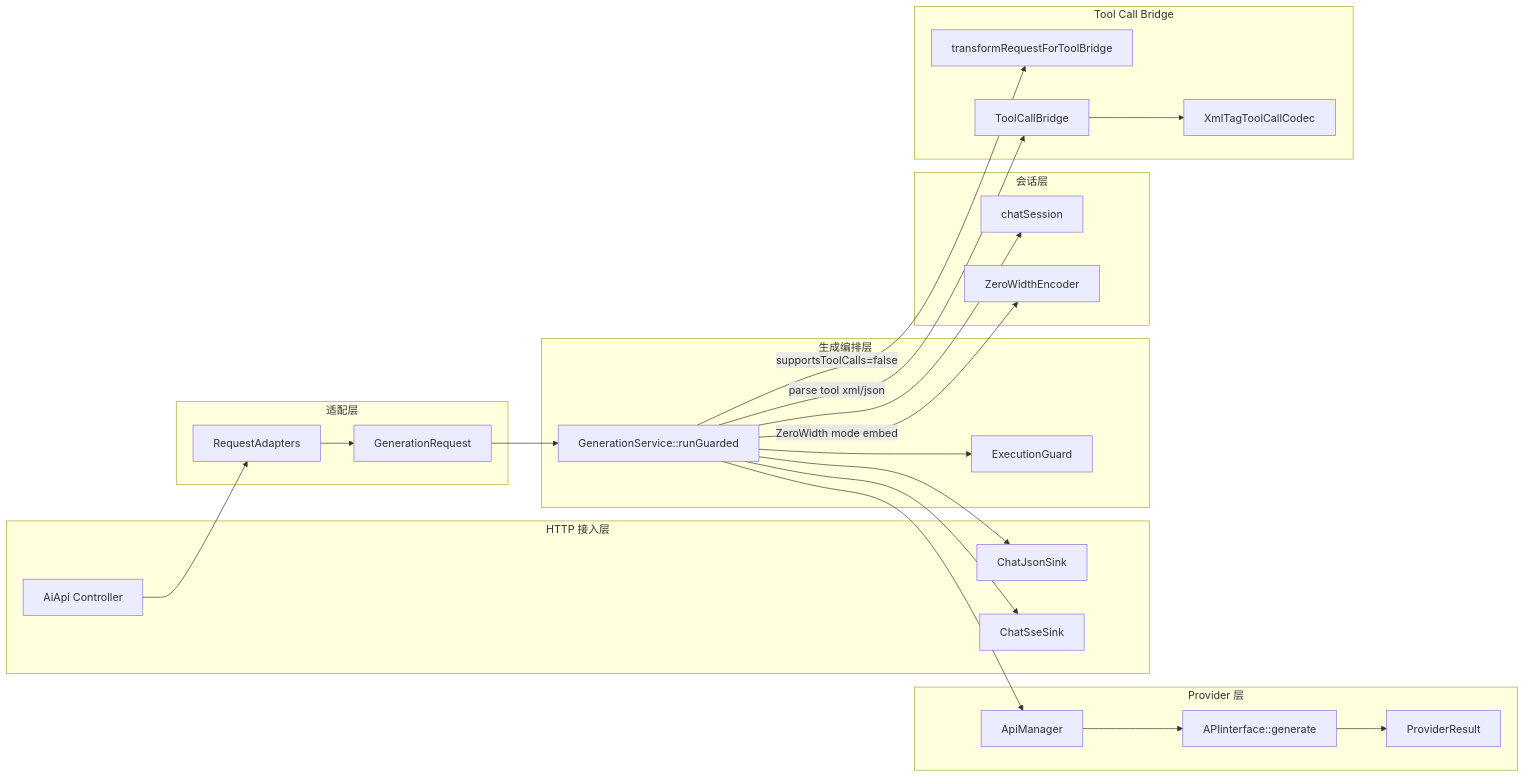
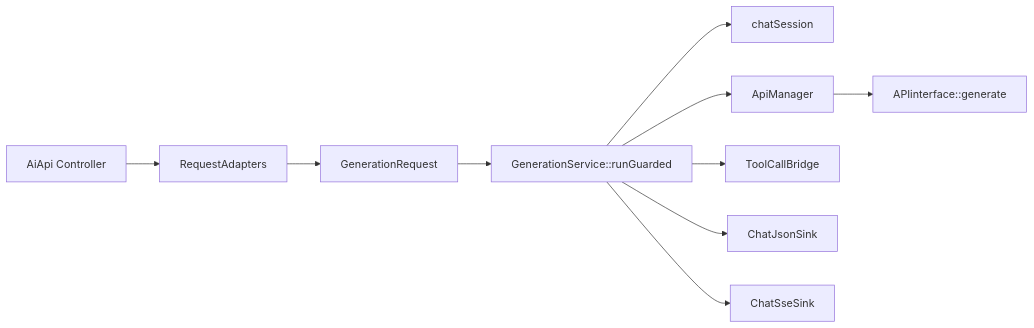
Before and after one commit to scrtou/aiapi: the first of 2 diagrams in doc/aiapi_callflow_and_api_examples.md, drawn with Mermaid. The commit also changed other lines of this file and 5 other files, not shown here.

````diff
--- a/doc/aiapi_callflow_and_api_examples.md
+++ b/doc/aiapi_callflow_and_api_examples.md
@@ -108,45 +106,12 @@
 ```mermaid
 flowchart LR
-  subgraph HTTP[HTTP 接入层]
-    A[AiApi Controller]
-    S1[ChatJsonSink]
-    S2[ChatSseSink]
-  end
-
-  subgraph Adapt[适配层]
-    RA[RequestAdapters]
-    GR[GenerationRequest]
-  end
-
-  subgraph Gen[生成编排层]
-    GS[GenerationService::runGuarded]
-    Gate[ExecutionGuard]
-  end
-
-  subgraph Sess[会话层]
-    CS[chatSession]
-    ZW[ZeroWidthEncoder]
-  end
-
-  subgraph Prov[Provider 层]
-    AM[ApiManager]
-    API[APIinterface::generate]
-    PR[ProviderResult]
-  end
-
-  subgraph ToolBridge[Tool Call Bridge]
-    TR[transformRequestForToolBridge]
-    XTC[XmlTagToolCallCodec]
-    TCB[ToolCallBridge]
-  end
-
-  A --> RA --> GR --> GS
-  GS --> CS
-  GS --> Gate
-  GS --> AM --> API --> PR
-  GS -->|supportsToolCalls=false| TR
-  GS -->|parse tool xml/json| TCB --> XTC
-  GS -->|ZeroWidth mode embed| ZW
-  GS --> S1
-  GS --> S2
+  A[AiApi Controller] --> RA[RequestAdapters]
+  RA --> GR[GenerationRequest]
+  GR --> GS[GenerationService::runGuarded]
+  GS --> CS[chatSession]
+  GS --> AM[ApiManager]
+  AM --> API[APIinterface::generate]
+  GS --> TCB[ToolCallBridge]
+  GS --> S1[ChatJsonSink]
+  GS --> S2[ChatSseSink]
 ```
````
